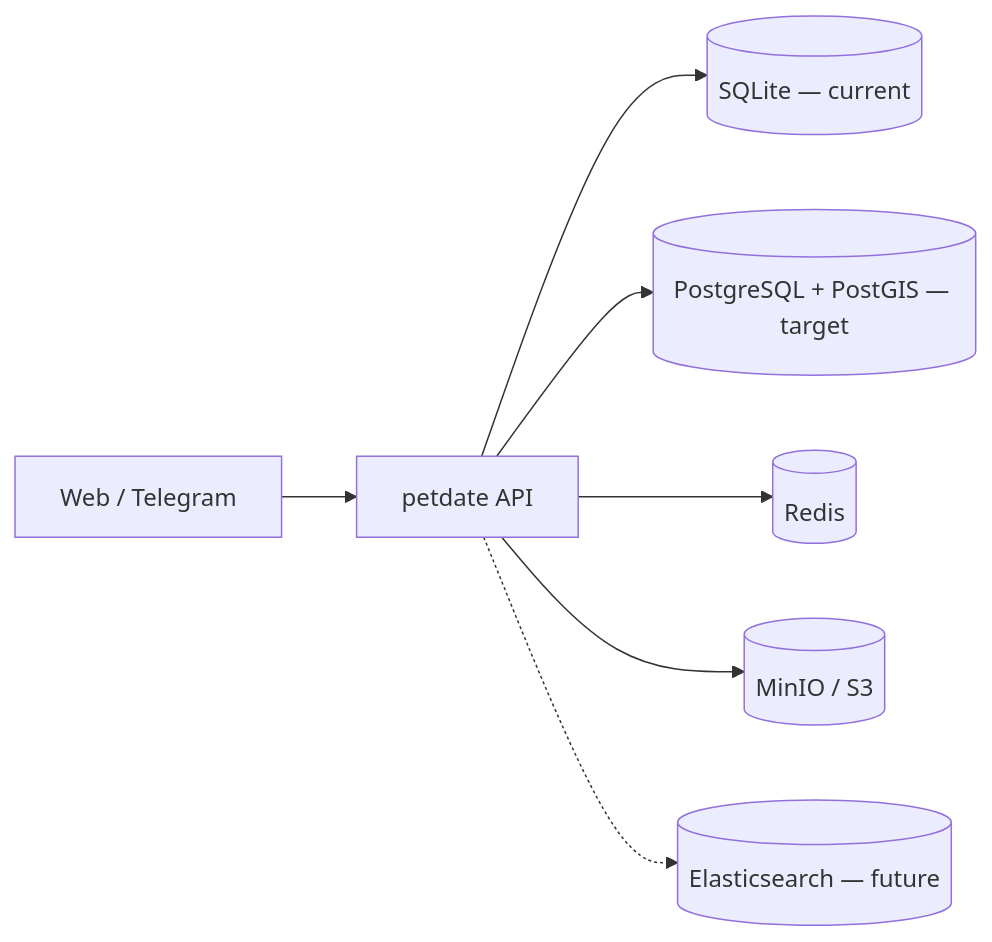
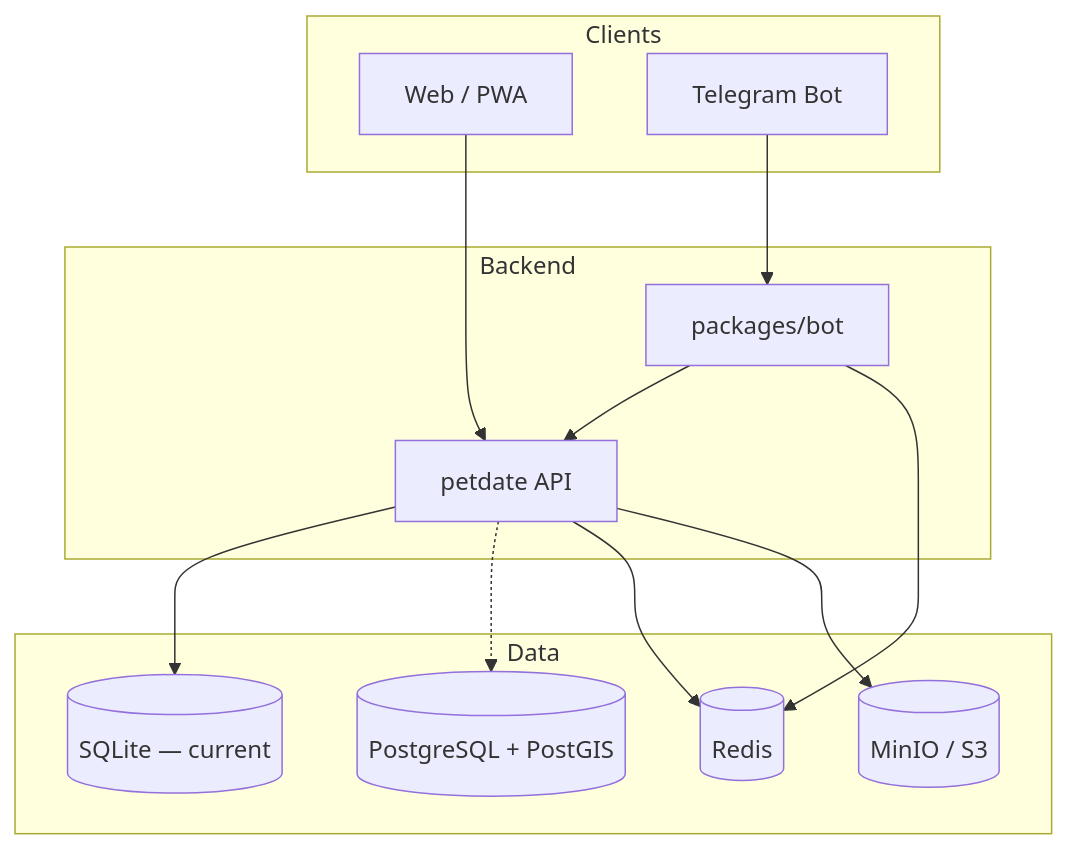
One commit to mtbbarutiha/Bot changed the diagram in docs/ARCHITECTURE.md. Above: the diagram before and after it, drawn with Mermaid. The commit also changed other lines of this file and 21 other files, not shown here.

First line of the commit message:
Add infra stack and Telegram bot skeleton for petdate

````diff
--- a/docs/ARCHITECTURE.md
+++ b/docs/ARCHITECTURE.md
@@ -42,9 +21,28 @@
 ```mermaid
-flowchart LR
-  Client[Web / Telegram] --> API[petdate API]
-  API --> SQLite[(SQLite — current)]
-  API --> PG[(PostgreSQL + PostGIS — target)]
-  API --> Redis[(Redis)]
-  API --> S3[(MinIO / S3)]
-  API -.-> ES[(Elasticsearch — future)]
+flowchart TB
+  subgraph clients [Clients]
+    Web[Web / PWA]
+    TG[Telegram Bot]
+  end
+
+  subgraph backend [Backend]
+    API[petdate API]
+    BotWorker[packages/bot]
+  end
+
+  subgraph data [Data]
+    SQLite[(SQLite — current)]
+    PG[(PostgreSQL + PostGIS)]
+    Redis[(Redis)]
+    S3[(MinIO / S3)]
+  end
+
+  Web --> API
+  TG --> BotWorker
+  BotWorker --> API
+  BotWorker --> Redis
+  API --> SQLite
+  API -.-> PG
+  API --> Redis
+  API --> S3
 ```
````
